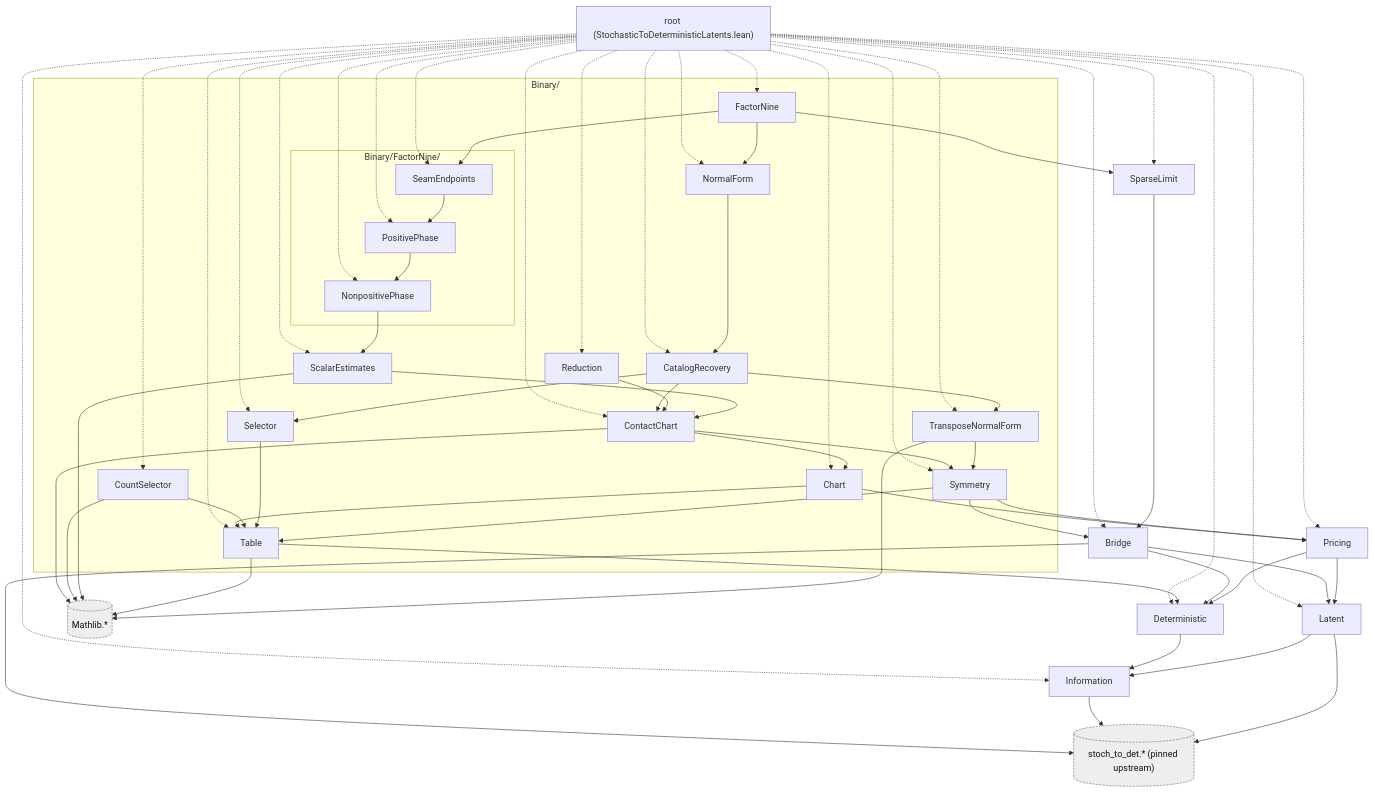
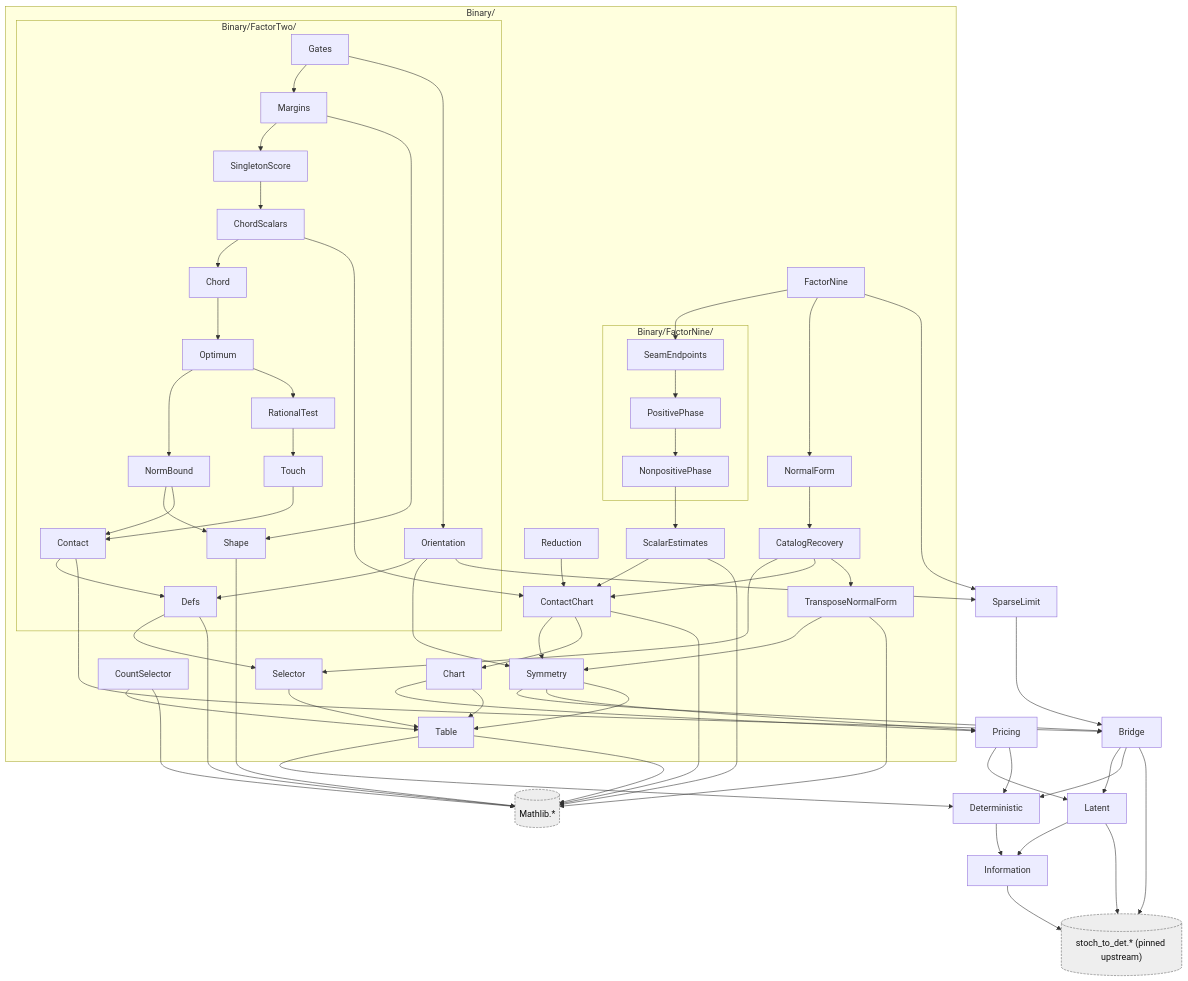
The diagram in docs/lean-contracts.md (AlexisOlson/stochastic-to-deterministic-latents), drawn with Mermaid before and after one commit. The commit also changed other lines of this file and 13 other files, not shown here.

First line of the commit message:
Add the contact chord, its margins and gates

````diff
--- a/docs/lean-contracts.md
+++ b/docs/lean-contracts.md
@@ -469,6 +523,5 @@
 ```mermaid
 graph TD
-  root["root (StochasticToDeterministicLatents.lean)"]
   Bridge["Bridge"]
   Deterministic["Deterministic"]
   Information["Information"]
@@ -493,30 +546,24 @@
       Binary_FactorNine_PositivePhase["PositivePhase"]
       Binary_FactorNine_SeamEndpoints["SeamEndpoints"]
     end
+    subgraph FACTORTWO["Binary/FactorTwo/"]
+      Binary_FactorTwo_Chord["Chord"]
+      Binary_FactorTwo_ChordScalars["ChordScalars"]
+      Binary_FactorTwo_Contact["Contact"]
+      Binary_FactorTwo_Defs["Defs"]
+      Binary_FactorTwo_Gates["Gates"]
+      Binary_FactorTwo_Margins["Margins"]
+      Binary_FactorTwo_NormBound["NormBound"]
+      Binary_FactorTwo_Optimum["Optimum"]
+      Binary_FactorTwo_Orientation["Orientation"]
+      Binary_FactorTwo_RationalTest["RationalTest"]
+      Binary_FactorTwo_Shape["Shape"]
+      Binary_FactorTwo_SingletonScore["SingletonScore"]
+      Binary_FactorTwo_Touch["Touch"]
+    end
   end
   UPSTREAM[("stoch_to_det.* (pinned upstream)")]
   MATHLIB[("Mathlib.*")]
-  root -.-> Information
-  root -.-> Latent
-  root -.-> Deterministic
-  root -.-> Bridge
-  root -.-> Binary_Table
-  root -.-> Binary_Selector
-  root -.-> Binary_CountSelector
-  root -.-> Pricing
-  root -.-> Binary_Symmetry
-  root -.-> Binary_Chart
-  root -.-> Binary_ContactChart
-  root -.-> Binary_TransposeNormalForm
-  root -.-> Binary_CatalogRecovery
-  root -.-> Binary_NormalForm
-  root -.-> SparseLimit
-  root -.-> Binary_ScalarEstimates
-  root -.-> Binary_Reduction
-  root -.-> Binary_FactorNine_NonpositivePhase
-  root -.-> Binary_FactorNine_PositivePhase
-  root -.-> Binary_FactorNine_SeamEndpoints
-  root -.-> Binary_FactorNine
   Binary_CatalogRecovery --> Binary_Selector
   Binary_CatalogRecovery --> Binary_ContactChart
   Binary_CatalogRecovery --> Binary_TransposeNormalForm
@@ -533,6 +580,28 @@
   Binary_FactorNine --> Binary_FactorNine_SeamEndpoints
   Binary_FactorNine --> Binary_NormalForm
   Binary_FactorNine --> SparseLimit
+  Binary_FactorTwo_Chord --> Binary_FactorTwo_Optimum
+  Binary_FactorTwo_ChordScalars --> Binary_FactorTwo_Chord
+  Binary_FactorTwo_ChordScalars --> Binary_ContactChart
+  Binary_FactorTwo_Contact --> Binary_FactorTwo_Defs
+  Binary_FactorTwo_Contact --> Bridge
+  Binary_FactorTwo_Defs --> Binary_Selector
+  Binary_FactorTwo_Defs --> MATHLIB
+  Binary_FactorTwo_Gates --> Binary_FactorTwo_Margins
+  Binary_FactorTwo_Gates --> Binary_FactorTwo_Orientation
+  Binary_FactorTwo_Margins --> Binary_FactorTwo_SingletonScore
+  Binary_FactorTwo_Margins --> Binary_FactorTwo_Shape
+  Binary_FactorTwo_NormBound --> Binary_FactorTwo_Shape
+  Binary_FactorTwo_NormBound --> Binary_FactorTwo_Contact
+  Binary_FactorTwo_Optimum --> Binary_FactorTwo_NormBound
+  Binary_FactorTwo_Optimum --> Binary_FactorTwo_RationalTest
+  Binary_FactorTwo_Orientation --> Binary_FactorTwo_Defs
+  Binary_FactorTwo_Orientation --> Binary_Symmetry
+  Binary_FactorTwo_Orientation --> SparseLimit
+  Binary_FactorTwo_RationalTest --> Binary_FactorTwo_Touch
+  Binary_FactorTwo_Shape --> MATHLIB
+  Binary_FactorTwo_SingletonScore --> Binary_FactorTwo_ChordScalars
+  Binary_FactorTwo_Touch --> Binary_FactorTwo_Contact
   Binary_NormalForm --> Binary_CatalogRecovery
   Binary_Reduction --> Binary_ContactChart
   Binary_ScalarEstimates --> Binary_ContactChart
````
